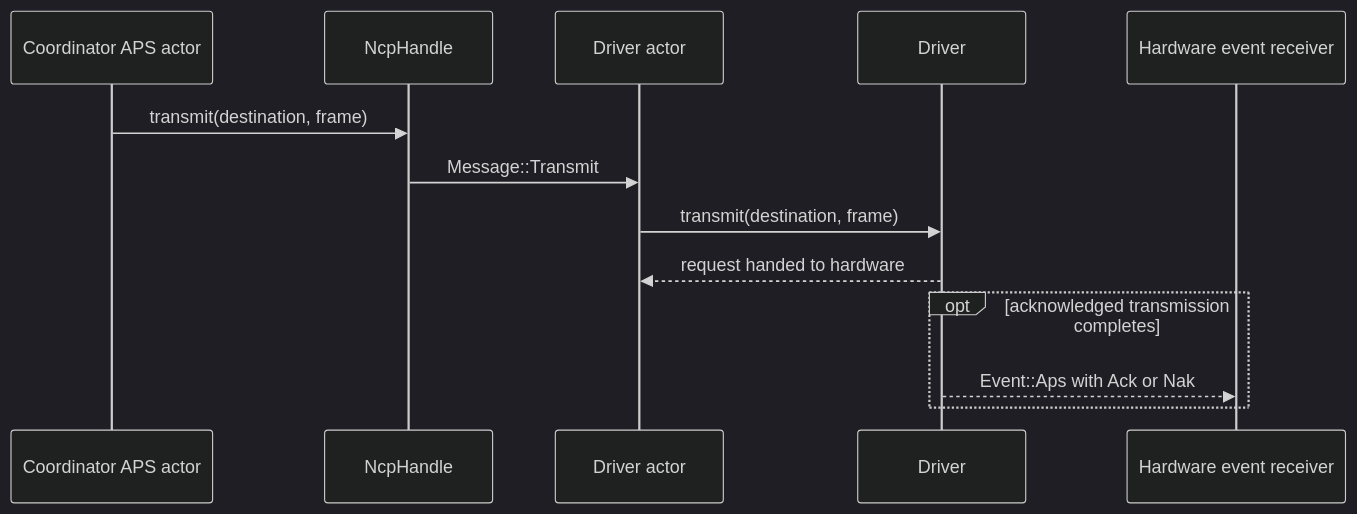
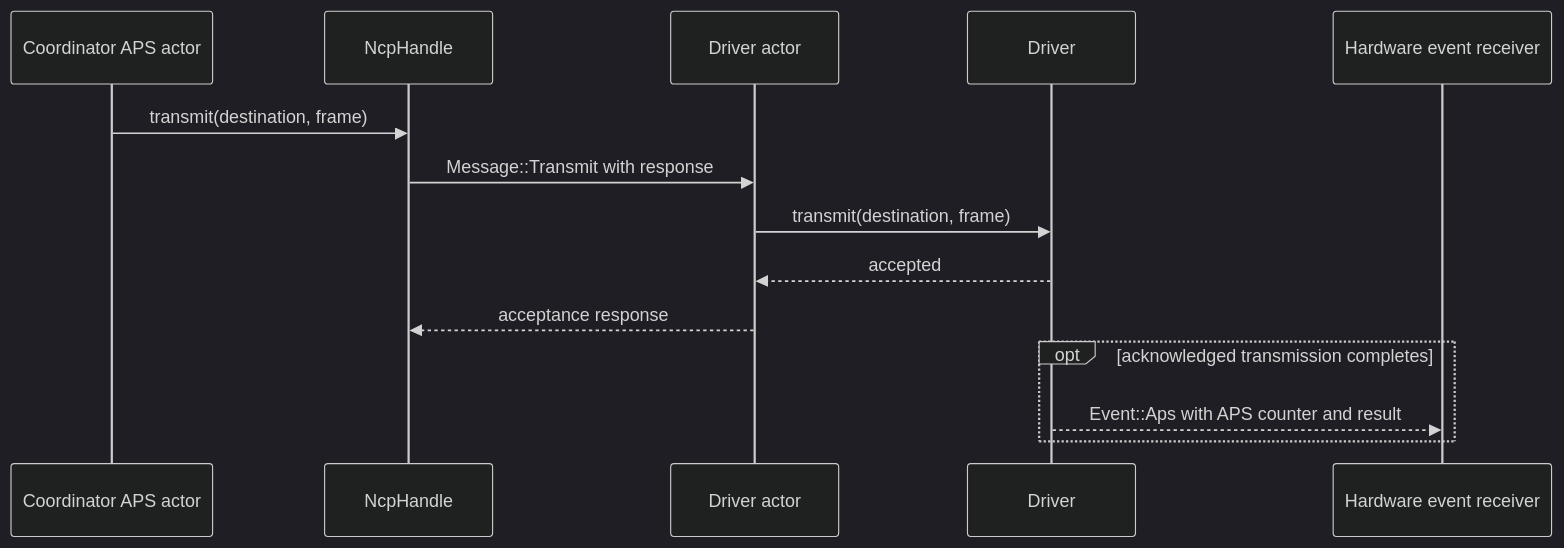
The second of 3 diagrams in hw/ARCHITECTURE.md (PaulmannLighting/apis-saltans), drawn with Mermaid (dark theme) before and after one commit. The commit also changed other lines of this file and 31 other files, not shown here.

````diff
--- a/hw/ARCHITECTURE.md
+++ b/hw/ARCHITECTURE.md
@@ -42,16 +44,17 @@
 ```mermaid
 sequenceDiagram
     participant APS as Coordinator APS actor
     participant H as NcpHandle
     participant A as Driver actor
     participant D as Driver
     participant E as Hardware event receiver
 
     APS->>H: transmit(destination, frame)
-    H->>A: Message::Transmit
+    H->>A: Message::Transmit with response
     A->>D: transmit(destination, frame)
-    D-->>A: request handed to hardware
+    D-->>A: accepted
+    A-->>H: acceptance response
     opt acknowledged transmission completes
-        D-->>E: Event::Aps with Ack or Nak
+        D-->>E: Event::Aps with APS counter and result
     end
 ```
````
